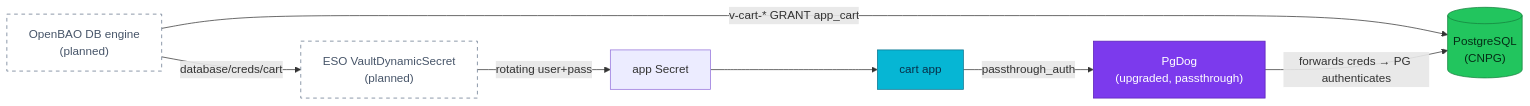
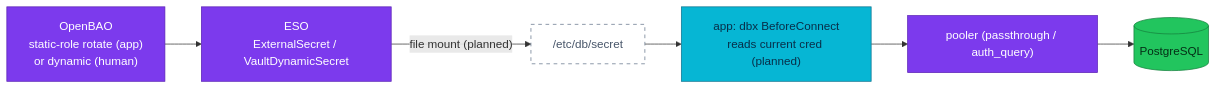
One commit to duynhlab/homelab changed the fourth of 4 diagrams in docs/proposals/adr/ADR-025-pgdog-passthrough-dynamic-db-creds/README.md. Above: the diagram before and after it, drawn with Mermaid. The commit also changed other lines of this file and 4 other files, not shown here.

First line of the commit message:
Refactor ADR-025: PostgreSQL credential & role model (#569)

````diff
--- a/docs/proposals/adr/ADR-025-pgdog-passthrough-dynamic-db-creds/README.md
+++ b/docs/proposals/adr/ADR-025-pgdog-passthrough-dynamic-db-creds/README.md
@@ -68,14 +256,13 @@
 ```mermaid
 flowchart LR
-    OB["OpenBAO DB engine<br/>(planned)"] -->|"v-cart-* GRANT app_cart"| PG[("PostgreSQL<br/>(CNPG)")]
-    OB -->|"database/creds/cart"| ESO["ESO VaultDynamicSecret<br/>(planned)"]
-    ESO -->|"rotating user+pass"| SEC["app Secret"]
-    SEC --> APP["cart app"]
-    APP -->|"passthrough_auth"| PD["PgDog<br/>(upgraded, passthrough)"]
-    PD -->|"forwards creds → PG authenticates"| PG
+    OB["OpenBAO<br/>static-role rotate (app)<br/>or dynamic (human)"] --> ESO["ESO<br/>ExternalSecret / VaultDynamicSecret"]
+    ESO -->|"file mount (planned)"| VOL["/etc/db/secret"]
+    VOL --> APP["app: dbx BeforeConnect<br/>reads current cred (planned)"]
+    APP --> POOL["pooler (passthrough / auth_query)"]
+    POOL --> PG[("PostgreSQL")]
+    classDef platform fill:#7c3aed,color:#fff,stroke:#5b21b6;
     classDef service fill:#06b6d4,color:#082f49,stroke:#0e7490;
     classDef data fill:#22c55e,color:#052e16,stroke:#15803d;
-    classDef platform fill:#7c3aed,color:#fff,stroke:#5b21b6;
     classDef planned fill:#fff,color:#475569,stroke:#64748b,stroke-dasharray:5 5;
-    class APP service; class PG data; class PD,ESO platform; class OB,ESO planned;
+    class OB,ESO,POOL platform; class APP service; class PG data; class VOL planned;
 ```
````
